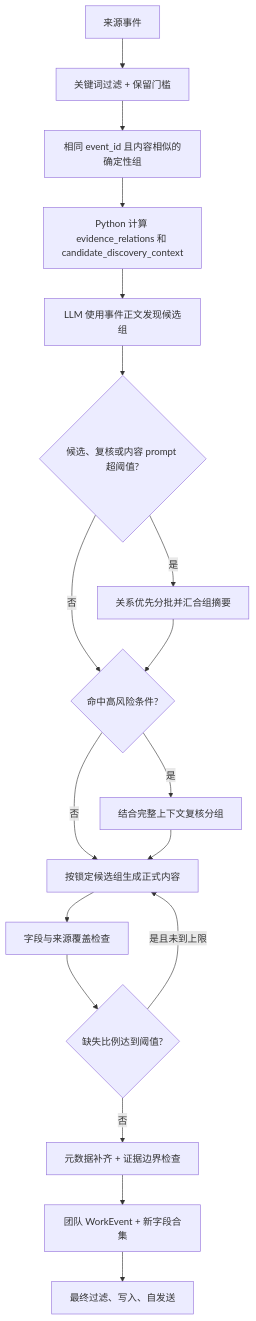
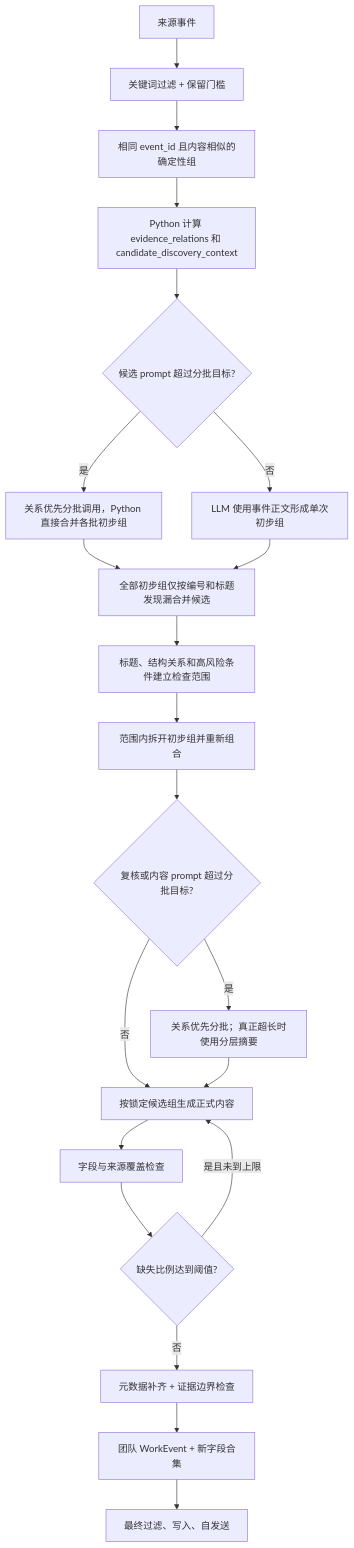
One commit to sunweisheng/WorkTrace changed the fourth of 4 diagrams in docs/detailed-design.md. Above: the diagram before and after it, drawn with Mermaid. The commit also changed other lines of this file and 55 other files, not shown here.

````diff
--- a/docs/detailed-design.md
+++ b/docs/detailed-design.md
@@ -339,20 +350,23 @@
 ```mermaid
 flowchart TD
     A["来源事件"] --> B["关键词过滤 + 保留门槛"]
     B --> C["相同 event_id 且内容相似的确定性组"]
     C --> D["Python 计算 evidence_relations 和 candidate_discovery_context"]
-    D --> E["LLM 使用事件正文发现候选组"]
-    E --> F{"候选、复核或内容 prompt 超阈值?"}
-    F -->|"是"| G["关系优先分批并汇合组摘要"]
-    F -->|"否"| R{"命中高风险条件?"}
-    G --> R
-    R -->|"是"| V["结合完整上下文复核分组"]
-    R -->|"否"| H["按锁定候选组生成正式内容"]
-    V --> H
+    D --> E0{"候选 prompt 超过分批目标?"}
+    E0 -->|"是"| G["关系优先分批调用，Python 直接合并各批初步组"]
+    E0 -->|"否"| E["LLM 使用事件正文形成单次初步组"]
+    G --> D1["全部初步组仅按编号和标题发现漏合并候选"]
+    E --> D1
+    D1 --> R["标题、结构关系和高风险条件建立检查范围"]
+    R --> V["范围内拆开初步组并重新组合"]
+    V --> F{"复核或内容 prompt 超过分批目标?"}
+    F -->|"是"| F1["关系优先分批；真正超长时使用分层摘要"]
+    F -->|"否"| H["按锁定候选组生成正式内容"]
+    F1 --> H
     H --> I["字段与来源覆盖检查"]
     I --> J{"缺失比例达到阈值?"}
     J -->|"是且未到上限"| H
     J -->|"否"| K["元数据补齐 + 证据边界检查"]
     K --> L["团队 WorkEvent + 新字段合集"]
     L --> M["最终过滤、写入、自发送"]
 ```
````
